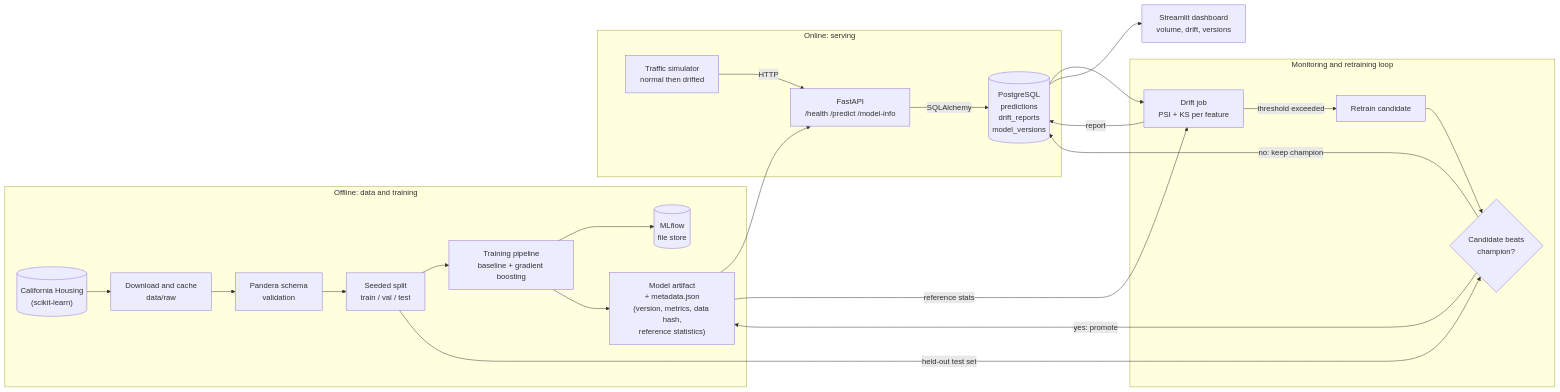
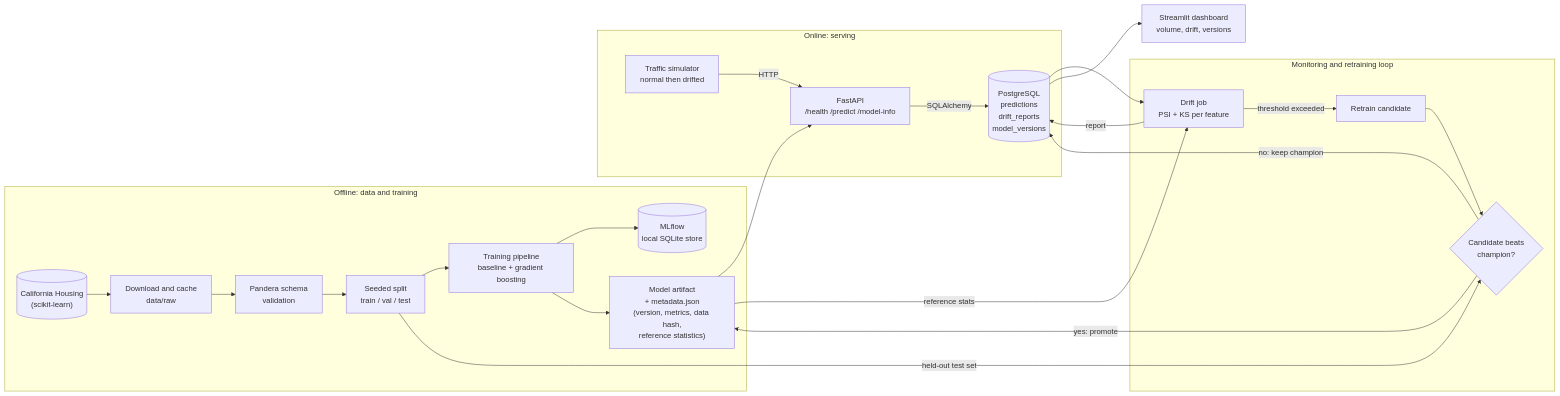
Before and after one commit to hasrax/california-housing-mlops: the first of 2 diagrams in docs/architecture.md, drawn with Mermaid. The commit also changed other lines of this file and 1 other file, not shown here.

Commit message:
docs: add phase 2 notes and update mlflow store in architecture

````diff
--- a/docs/architecture.md
+++ b/docs/architecture.md
@@ -32,30 +32,30 @@
 ```mermaid
 flowchart LR
     subgraph offline["Offline: data and training"]
         DS[("California Housing<br/>(scikit-learn)")] --> DL["Download and cache<br/>data/raw"]
         DL --> VAL["Pandera schema<br/>validation"]
         VAL --> SPLIT["Seeded split<br/>train / val / test"]
         SPLIT --> TRAIN["Training pipeline<br/>baseline + gradient boosting"]
-        TRAIN --> MLF[("MLflow<br/>file store")]
+        TRAIN --> MLF[("MLflow<br/>local SQLite store")]
         TRAIN --> ART["Model artifact<br/>+ metadata.json<br/>(version, metrics, data hash,<br/>reference statistics)"]
     end
 
     subgraph online["Online: serving"]
         ART --> API["FastAPI<br/>/health /predict /model-info"]
         SIM["Traffic simulator<br/>normal then drifted"] -->|HTTP| API
         API -->|SQLAlchemy| DB[("PostgreSQL<br/>predictions<br/>drift_reports<br/>model_versions")]
     end
 
     subgraph loop["Monitoring and retraining loop"]
         DB --> DRIFT["Drift job<br/>PSI + KS per feature"]
         ART -->|reference stats| DRIFT
         DRIFT -->|report| DB
         DRIFT -->|threshold exceeded| RETRAIN["Retrain candidate"]
         SPLIT -->|held-out test set| GATE{"Candidate beats<br/>champion?"}
         RETRAIN --> GATE
         GATE -->|yes: promote| ART
         GATE -->|no: keep champion| DB
     end
 
     DB --> DASH["Streamlit dashboard<br/>volume, drift, versions"]
 ```
````
